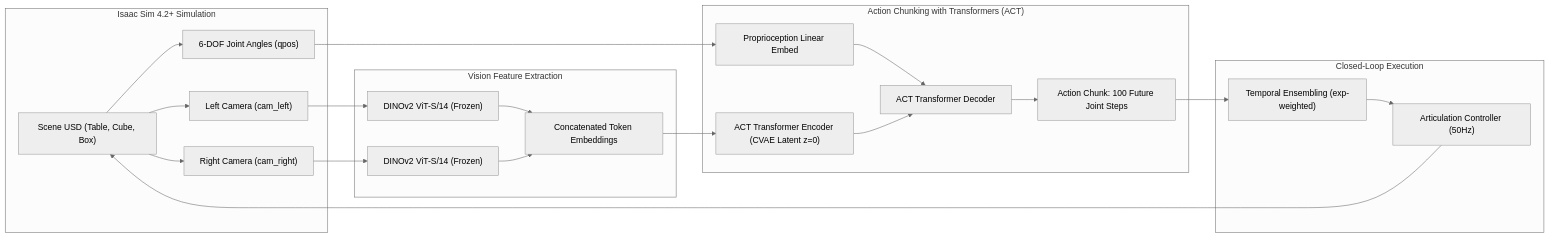
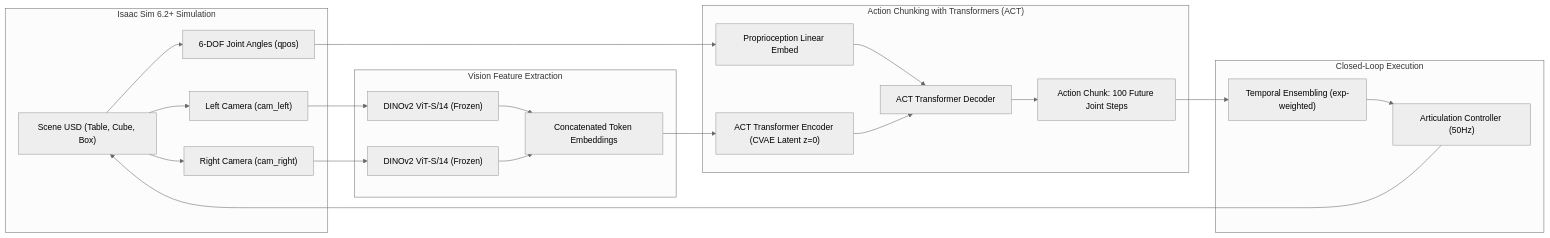
The diagram in README.md (shouttt1320/DualCamSO101_Sim_to_real_Project), drawn with Mermaid (neutral theme) before and after one commit. The commit also changed other lines of this file and 215 other files, not shown here.

````diff
--- a/README.md
+++ b/README.md
@@ -25,29 +25,29 @@
 ```mermaid
 flowchart LR
-    subgraph IsaacSim ["Isaac Sim 4.2+ Simulation"]
+    subgraph IsaacSim ["Isaac Sim 6.2+ Simulation"]
         Env["Scene USD (Table, Cube, Box)"] --> LeftCam["Left Camera (cam_left)"]
         Env --> RightCam["Right Camera (cam_right)"]
         Env --> RobotState["6-DOF Joint Angles (qpos)"]
     end
 
     subgraph Perception ["Vision Feature Extraction"]
         LeftCam --> DINO_L["DINOv2 ViT-S/14 (Frozen)"]
         RightCam --> DINO_R["DINOv2 ViT-S/14 (Frozen)"]
         DINO_L --> FeatCat["Concatenated Token Embeddings"]
         DINO_R --> FeatCat
     end
 
     subgraph Policy ["Action Chunking with Transformers (ACT)"]
         RobotState --> ProprioEmbed["Proprioception Linear Embed"]
         FeatCat --> ACT_Enc["ACT Transformer Encoder (CVAE Latent z=0)"]
         ProprioEmbed --> ACT_Dec["ACT Transformer Decoder"]
         ACT_Enc --> ACT_Dec
         ACT_Dec --> ChunkPred["Action Chunk: 100 Future Joint Steps"]
     end
 
     subgraph Control ["Closed-Loop Execution"]
         ChunkPred --> TemporalEnsemble["Temporal Ensembling (exp-weighted)"]
         TemporalEnsemble --> Controller["Articulation Controller (50Hz)"]
         Controller --> Env
     end
 ```
````
